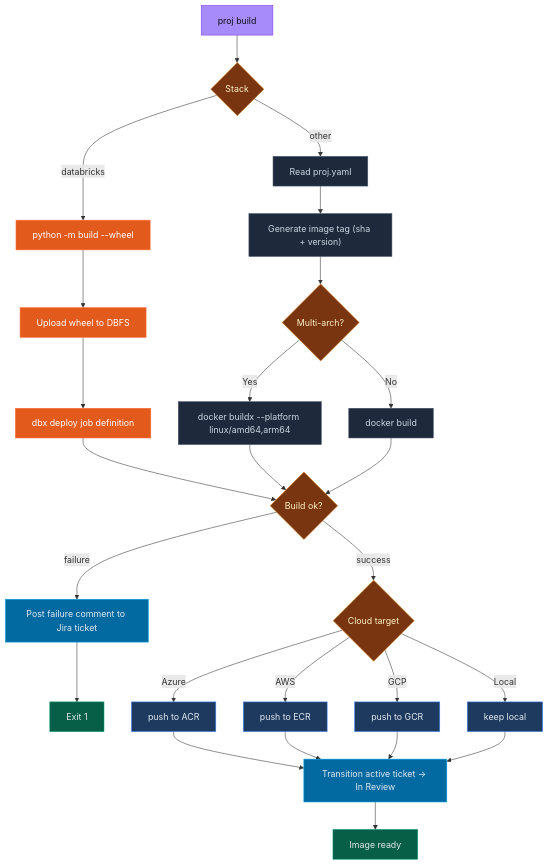
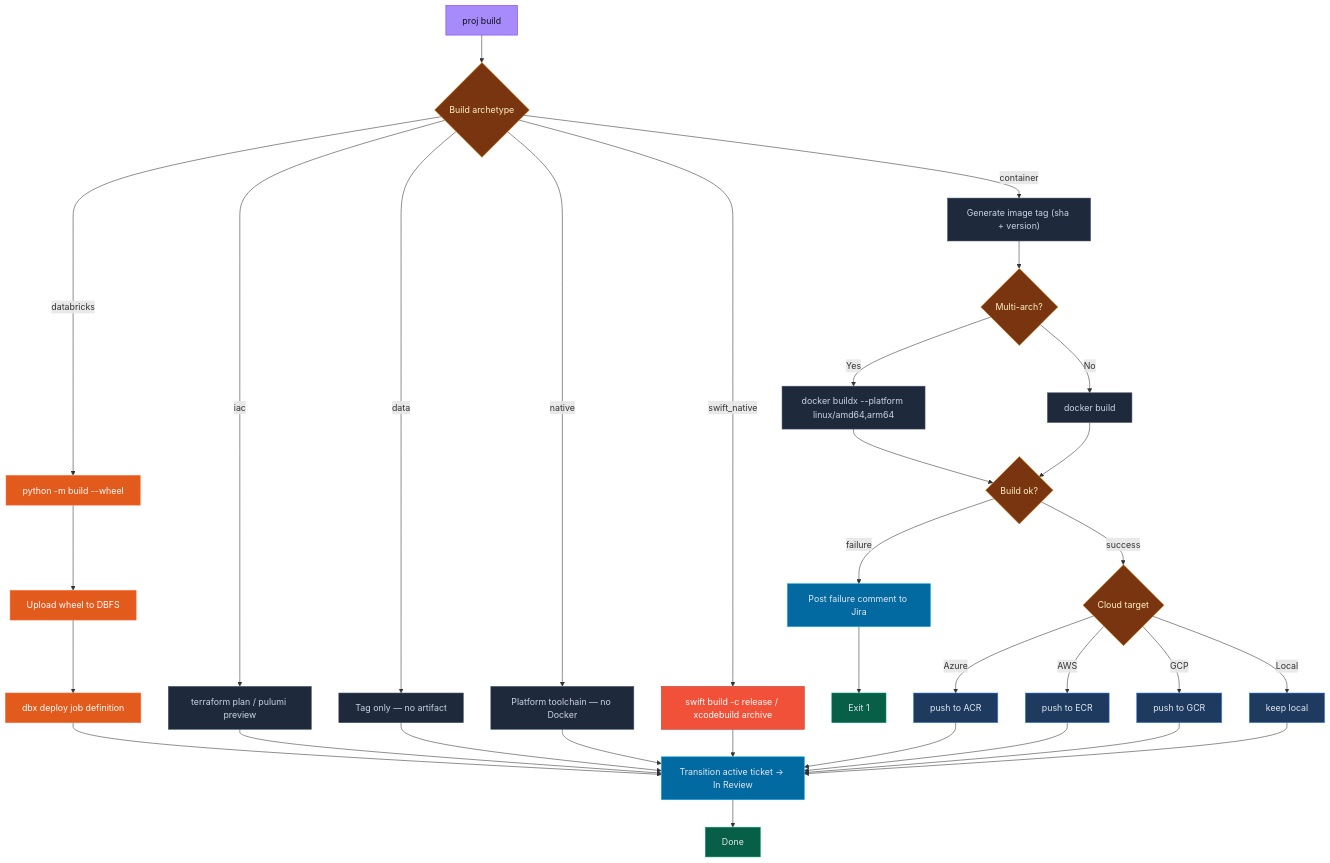
The fifth of 7 diagrams in README.md (erosrage/Athena), drawn with Mermaid before and after one commit. The commit also changed other lines of this file and 6 other files, not shown here.

First line of the commit message:
feat: add Swift/Apple stacks + STACK_META archetype routing

````diff
--- a/README.md
+++ b/README.md
@@ -156,31 +156,39 @@
 ```mermaid
 flowchart TD
     A["proj build"]:::entry
-    A --> ST{"Stack"}:::decision
-    ST -->|"databricks"| DB1["python -m build --wheel"]:::dbx
+    A --> BT{"Build archetype"}:::decision
+    BT -->|"databricks"| DB1["python -m build --wheel"]:::dbx
     DB1 --> DB2["Upload wheel to DBFS"]:::dbx
     DB2 --> DB3["dbx deploy job definition"]:::dbx
-    DB3 --> R
-    ST -->|"other"| B["Read proj.yaml"]:::action
-    B --> C["Generate image tag (sha + version)"]:::action
+    DB3 --> JOK
+    BT -->|"iac"| IaC["terraform plan / pulumi preview"]:::action
+    IaC --> JOK
+    BT -->|"data"| DATA["Tag only — no artifact"]:::action
+    DATA --> JOK
+    BT -->|"native"| NAT["Platform toolchain — no Docker"]:::action
+    NAT --> JOK
+    BT -->|"swift_native"| SW["swift build -c release / xcodebuild archive"]:::swift
+    SW --> JOK
+    BT -->|"container"| C["Generate image tag (sha + version)"]:::action
     C --> D{"Multi-arch?"}:::decision
     D -->|"Yes"| E["docker buildx --platform linux/amd64,arm64"]:::action
     D -->|"No"| F["docker build"]:::action
     E & F --> R{"Build ok?"}:::decision
-    R -->|"failure"| JF["Post failure comment to Jira ticket"]:::jira
+    R -->|"failure"| JF["Post failure comment to Jira"]:::jira
     JF --> FAIL["Exit 1"]:::done
     R -->|"success"| G{"Cloud target"}:::decision
     G -->|"Azure"| H1["push to ACR"]:::cloud
     G -->|"AWS"| H2["push to ECR"]:::cloud
     G -->|"GCP"| H3["push to GCR"]:::cloud
     G -->|"Local"| H4["keep local"]:::cloud
     H1 & H2 & H3 & H4 --> JOK["Transition active ticket → In Review"]:::jira
-    JOK --> Z["Image ready"]:::done
+    JOK --> Z["Done"]:::done
     classDef entry fill:#a78bfa,stroke:#7c3aed,color:#0f1117
     classDef action fill:#1e293b,stroke:#475569,color:#cbd5e1
     classDef decision fill:#78350f,stroke:#d97706,color:#fef3c7
     classDef cloud fill:#1e3a5f,stroke:#3b82f6,color:#e2e8f0
     classDef done fill:#065f46,stroke:#059669,color:#e2e8f0
     classDef dbx fill:#e25a1c,stroke:#ff6b35,color:#fff
     classDef jira fill:#0369a1,stroke:#0ea5e9,color:#e2e8f0
+    classDef swift fill:#f05138,stroke:#c0392b,color:#fff
 ```
````
